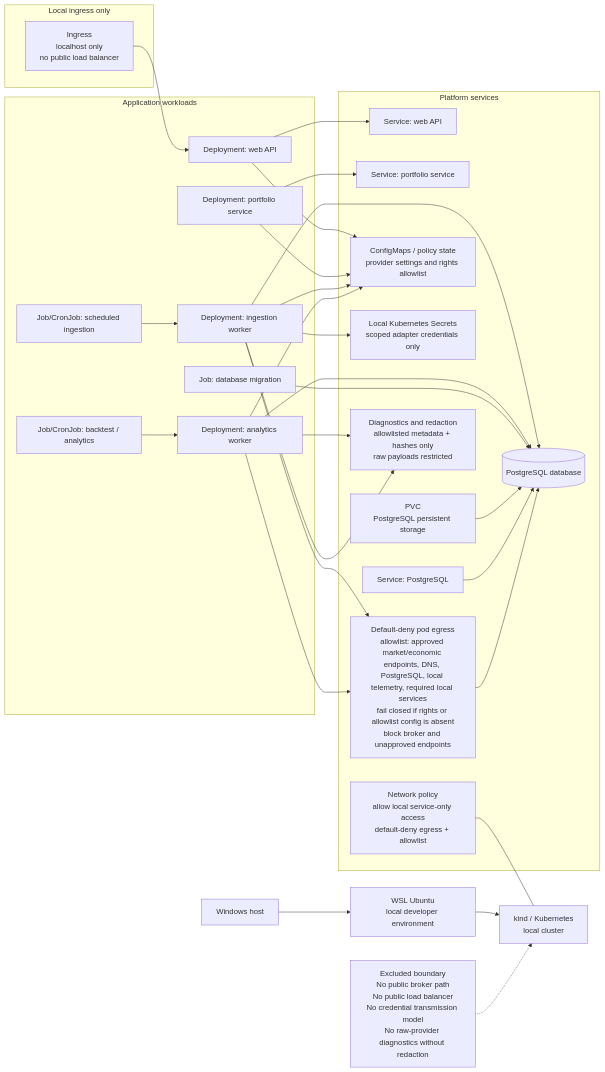
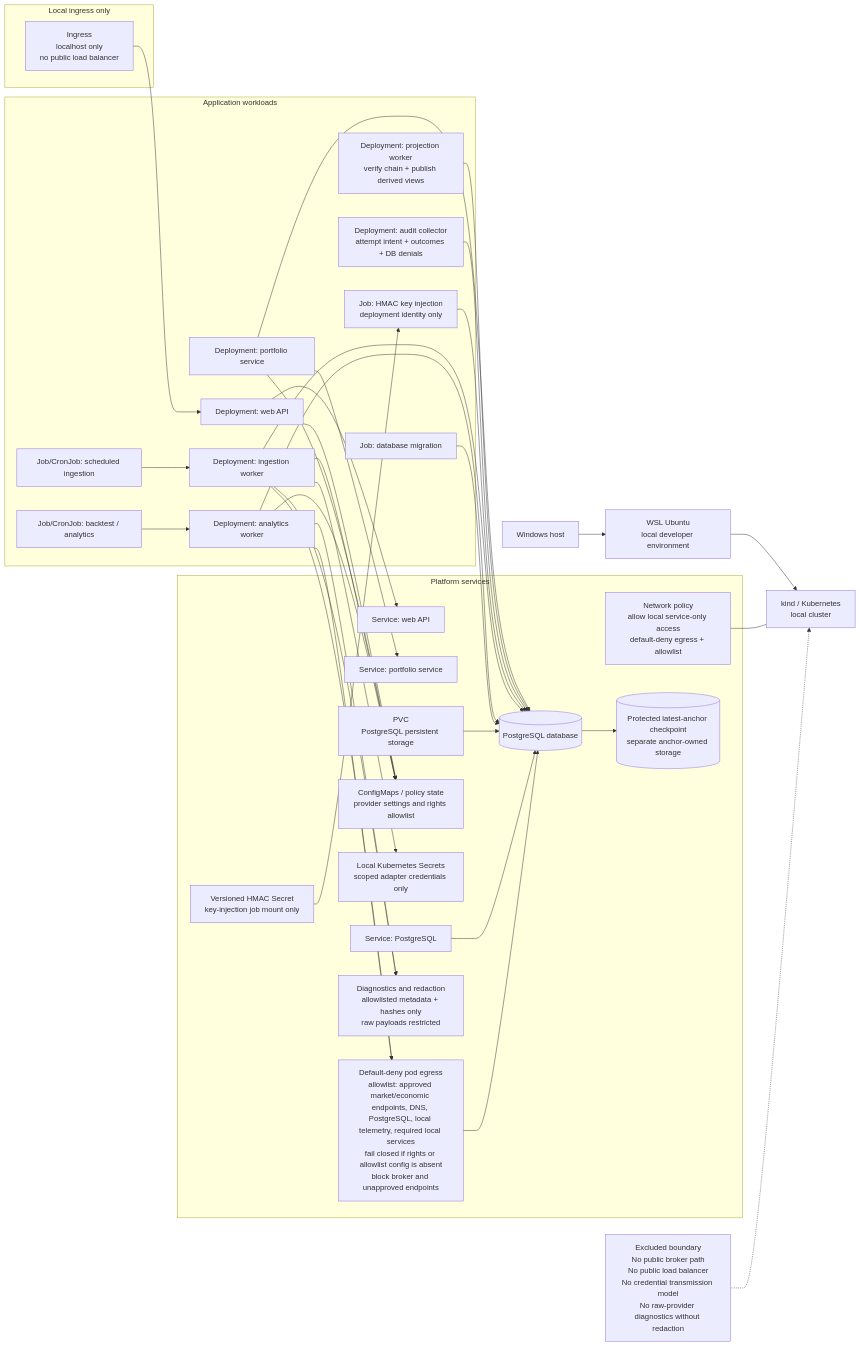
The diagram in docs/Architecture/proposed-deployment-view.md (garycr/etf-analyzer), drawn with Mermaid before and after one commit. The commit also changed other lines of this file and 19 other files, not shown here.

Commit message:
docs: accept ledger security architecture

````diff
--- a/docs/Architecture/proposed-deployment-view.md
+++ b/docs/Architecture/proposed-deployment-view.md
@@ -12,59 +12,70 @@
 ```mermaid
 flowchart LR
     Host[Windows host]
     WSL[WSL Ubuntu\nlocal developer environment]
     K8S[kind / Kubernetes\nlocal cluster]
 
     subgraph IngressBoundary[Local ingress only]
         Ingress[Ingress\nlocalhost only\nno public load balancer]
     end
 
     subgraph ClusterApps[Application workloads]
         Web[Deployment: web API]
         Portfolio[Deployment: portfolio service]
+        Projection[Deployment: projection worker\nverify chain + publish derived views]
+        AuditCollector[Deployment: audit collector\nattempt intent + outcomes + DB denials]
+        KeyInject[Job: HMAC key injection\ndeployment identity only]
         Ingest[Deployment: ingestion worker]
         Analytics[Deployment: analytics worker]
         Migrate[Job: database migration]
         IngestJob[Job/CronJob: scheduled ingestion]
         Backtest[Job/CronJob: backtest / analytics]
     end
 
     subgraph PlatformServices[Platform services]
         SvcWeb[Service: web API]
         SvcPortfolio[Service: portfolio service]
         SvcDb[Service: PostgreSQL]
         Config[ConfigMaps / policy state\nprovider settings and rights allowlist]
         Secrets[Local Kubernetes Secrets\nscoped adapter credentials only]
+        AnchorSecret[Versioned HMAC Secret\nkey-injection job mount only]
         Net[Network policy\nallow local service-only access\ndefault-deny egress + allowlist]
         Egress[Default-deny pod egress\nallowlist: approved market/economic endpoints, DNS, PostgreSQL, local telemetry, required local services\nfail closed if rights or allowlist config is absent\nblock broker and unapproved endpoints]
         Diag[Diagnostics and redaction\nallowlisted metadata + hashes only\nraw payloads restricted]
         PVC[PVC\nPostgreSQL persistent storage]
         PG[(PostgreSQL database)]
+        AnchorCheckpoint[(Protected latest-anchor checkpoint\nseparate anchor-owned storage)]
     end
 
     Excluded[Excluded boundary\nNo public broker path\nNo public load balancer\nNo credential transmission model\nNo raw-provider diagnostics without redaction]
 
     Host --> WSL --> K8S
     Ingress --> Web
     Web --> SvcWeb
     Portfolio --> SvcPortfolio
+    Portfolio --> PG
+    Projection --> PG
+    AuditCollector --> PG
+    AnchorSecret --> KeyInject
+    KeyInject --> PG
+    PG --> AnchorCheckpoint
     Ingest --> PG
     Ingest --> Egress
     Analytics --> PG
     Analytics --> Egress
     Migrate --> PG
     IngestJob --> Ingest
     Backtest --> Analytics
     Web --> Config
     Portfolio --> Config
     Ingest --> Config
     Ingest --> Secrets
     Analytics --> Config
     Analytics --> Diag
     Ingest --> Diag
     Net --- K8S
     PVC --> PG
     SvcDb --> PG
     Egress --> PG
     Excluded -.-> K8S
 ```
````
